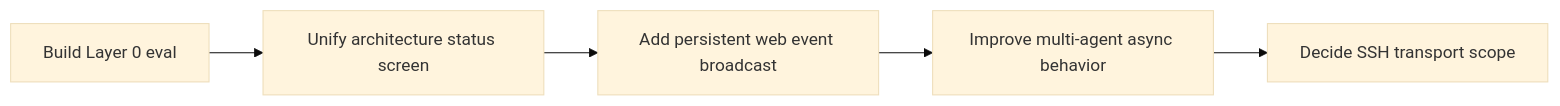
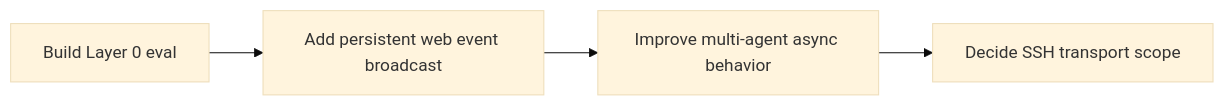
The second of 2 diagrams in docs/architecture/status-tracker.md (chrisdobler/squirl), drawn with Mermaid (base theme) before and after one commit. The commit also changed other lines of this file and 3 other files, not shown here.

Commit message:
Reframe architecture docs around request pipeline

````diff
--- a/docs/architecture/status-tracker.md
+++ b/docs/architecture/status-tracker.md
@@ -42,7 +35,6 @@
 ```mermaid
 flowchart LR
-  layer0["Build Layer 0 eval"] --> status["Unify architecture status screen"]
-  status --> events["Add persistent web event broadcast"]
+  layer0["Build Layer 0 eval"] --> events["Add persistent web event broadcast"]
   events --> agents["Improve multi-agent async behavior"]
   agents --> remote["Decide SSH transport scope"]
 ```
````
